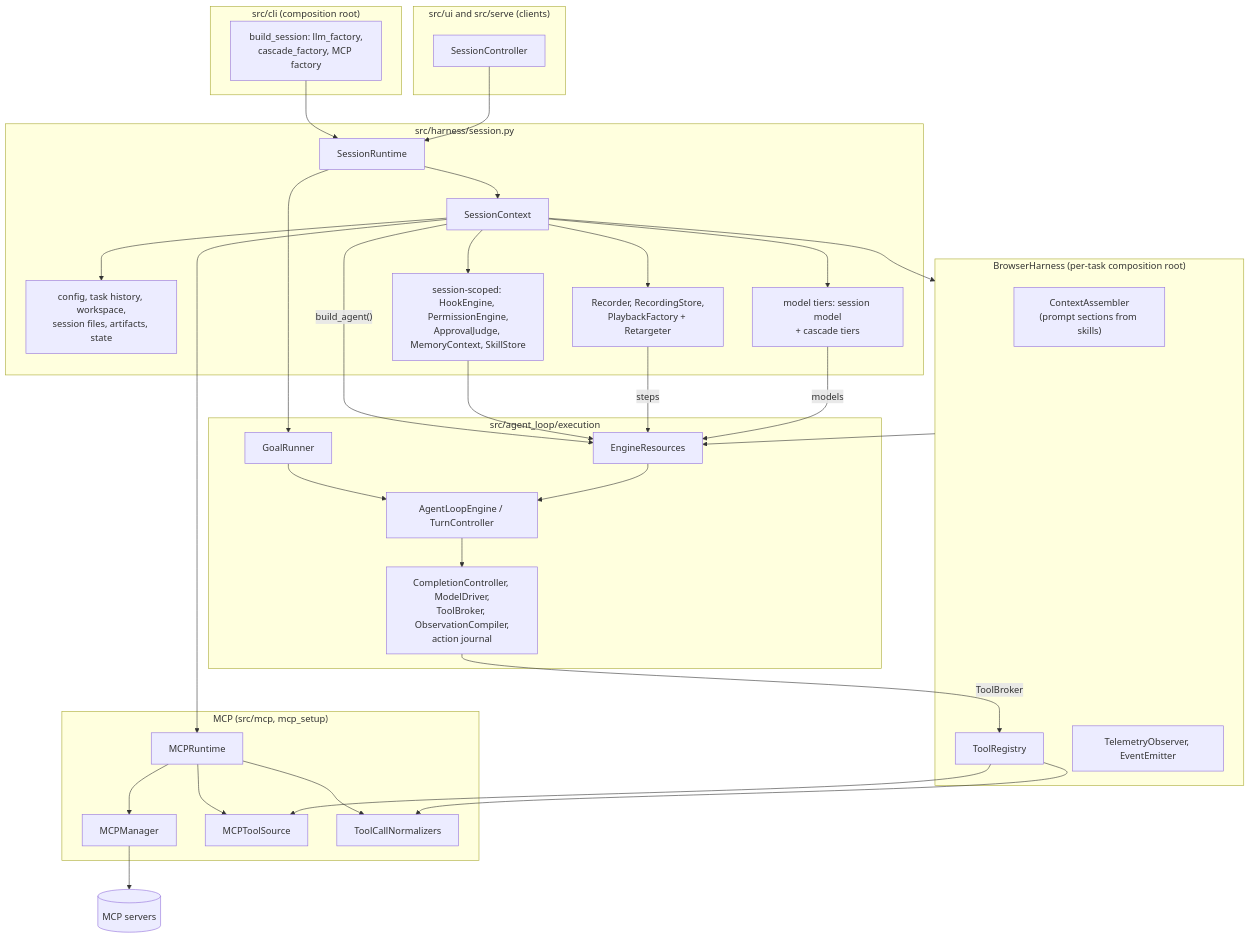
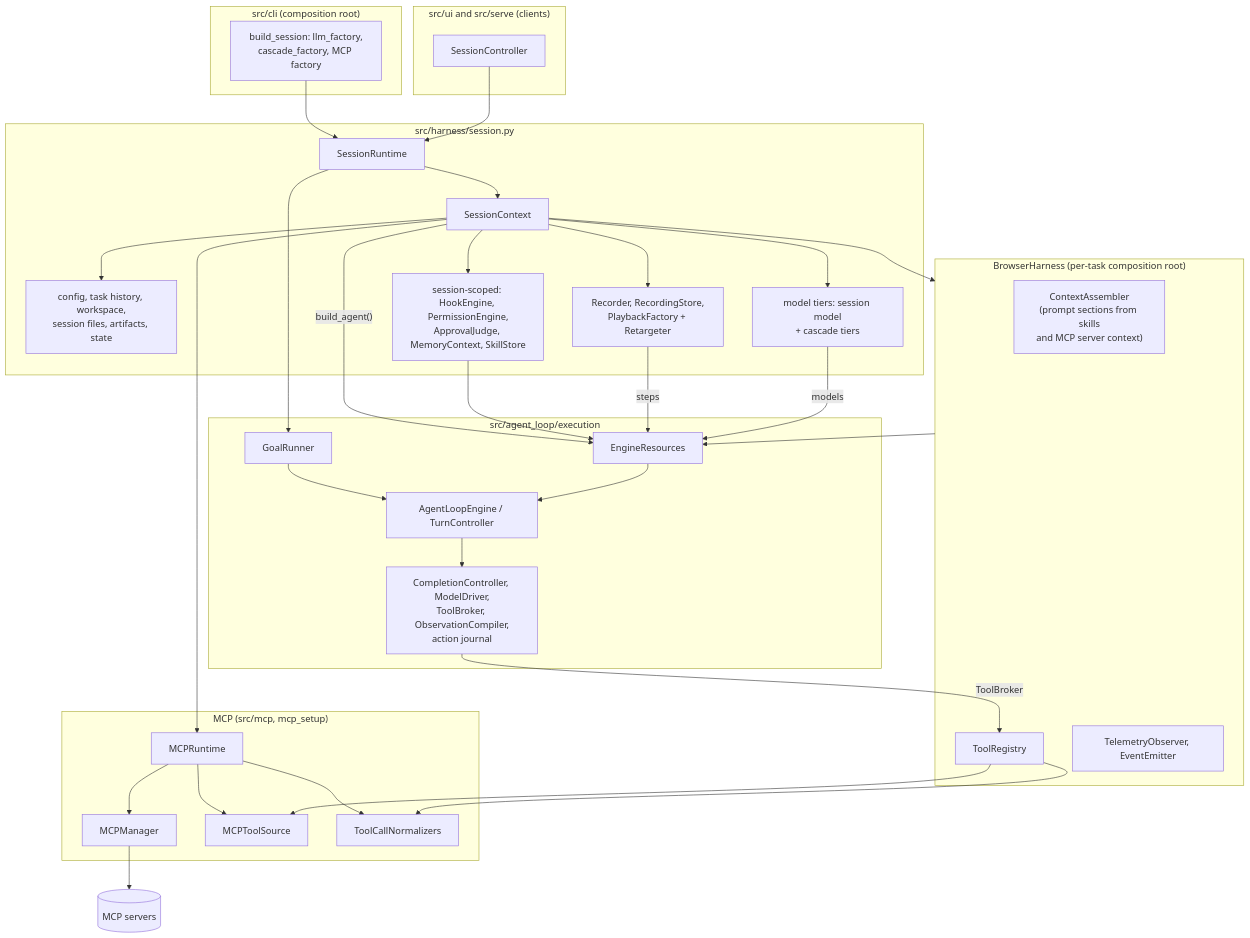
Before and after one commit to Hastur456/AutoBrowser: the diagram in docs/diagrams/harness-boundaries.md, drawn with Mermaid. The commit also changed other lines of this file and 7 other files, not shown here.

````diff
--- a/docs/diagrams/harness-boundaries.md
+++ b/docs/diagrams/harness-boundaries.md
@@ -10,57 +10,57 @@
 ```mermaid
 flowchart TB
   subgraph CLI["src/cli (composition root)"]
     BOOT["build_session: llm_factory,<br/>cascade_factory, MCP factory"]
   end
   subgraph FRONT["src/ui and src/serve (clients)"]
     CTL["SessionController"]
   end
   subgraph SESSION["src/harness/session.py"]
     SR["SessionRuntime"]
     SC["SessionContext"]
     DATA["config, task history, workspace,<br/>session files, artifacts, state"]
     SCOPED["session-scoped: HookEngine, PermissionEngine,<br/>ApprovalJudge, MemoryContext, SkillStore"]
     REPLAY["Recorder, RecordingStore,<br/>PlaybackFactory + Retargeter"]
     MODELS["model tiers: session model<br/>+ cascade tiers"]
   end
   subgraph HARNESS["BrowserHarness (per-task composition root)"]
-    CA["ContextAssembler<br/>(prompt sections from skills)"]
+    CA["ContextAssembler<br/>(prompt sections from skills<br/>and MCP server context)"]
     TR["ToolRegistry"]
     TEL["TelemetryObserver, EventEmitter"]
   end
   subgraph MCPBOX["MCP (src/mcp, mcp_setup)"]
     RT["MCPRuntime"]
     MGR["MCPManager"]
     SRC["MCPToolSource"]
     NORM["ToolCallNormalizers"]
   end
   subgraph ENGINE["src/agent_loop/execution"]
     GR["GoalRunner"]
     ER["EngineResources"]
     LOOP["AgentLoopEngine / TurnController"]
     PARTS["CompletionController, ModelDriver,<br/>ToolBroker, ObservationCompiler,<br/>action journal"]
   end
 
   BOOT --> SR
   CTL --> SR
   SR --> SC
   SC --> DATA
   SC --> SCOPED
   SC --> REPLAY
   SC --> MODELS
   SC --> RT
   SC --> HARNESS
   RT --> MGR --> SERVERS[("MCP servers")]
   RT --> SRC
   RT --> NORM
   TR --> SRC
   TR --> NORM
   SR --> GR --> LOOP
   SC -- "build_agent()" --> ER
   HARNESS --> ER
   SCOPED --> ER
   REPLAY -- "steps" --> ER
   MODELS -- "models" --> ER
   ER --> LOOP --> PARTS
   PARTS -- "ToolBroker" --> TR
 ```
````
